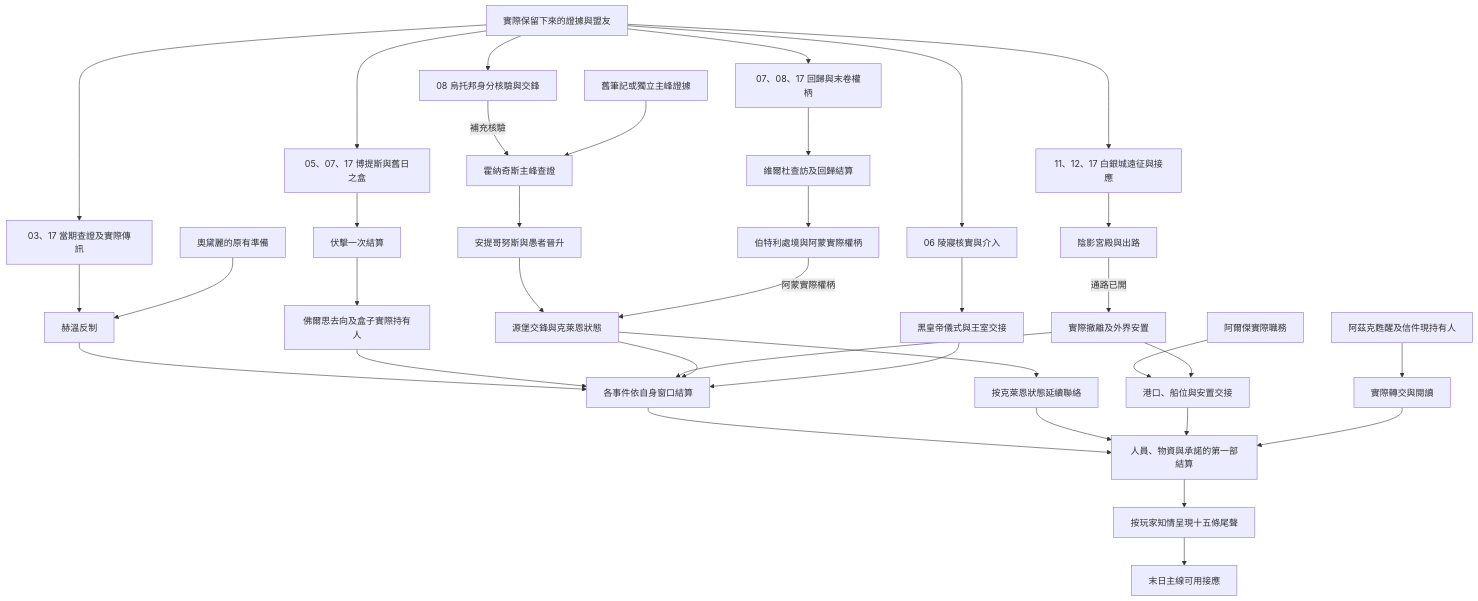
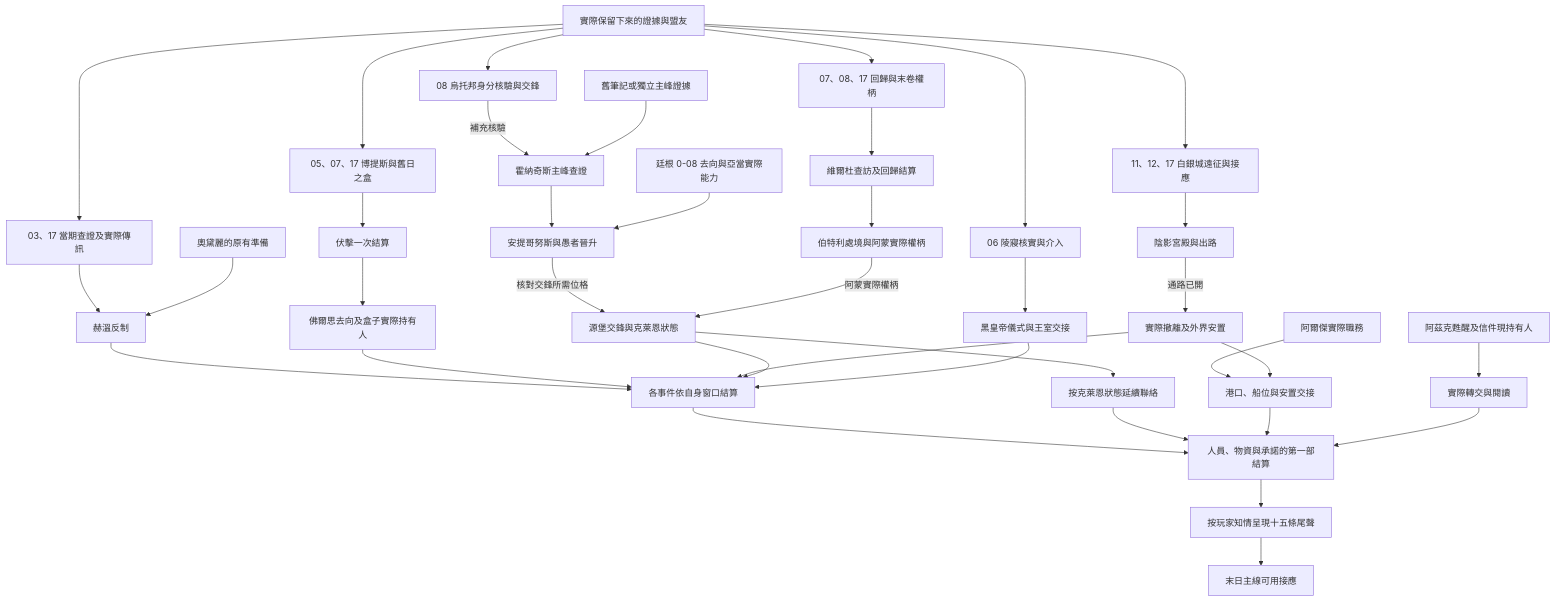
Before and after one commit to dragon961204-cmd/-: the sixth of 7 diagrams in game/events/part_one_story_tree.md, drawn with Mermaid. The commit also changed other lines of this file and 23 other files, not shown here.

````diff
--- a/game/events/part_one_story_tree.md
+++ b/game/events/part_one_story_tree.md
@@ -137,38 +137,39 @@
 ```mermaid
 flowchart TD
     A["實際保留下來的證據與盟友"] --> L["03、17 當期查證及實際傳訊"]
     L --> B["赫溫反制"]
     M["奧黛麗的原有準備"] --> B
     A --> C["05、07、17 博提斯與舊日之盒"]
     A --> D["11、12、17 白銀城遠征與接應"]
     A --> E["07、08、17 回歸與末卷權柄"]
     E --> R["維爾杜查訪及回歸結算"]
     R --> S["伯特利處境與阿蒙實際權柄"]
     B --> F["各事件依自身窗口結算"]
     C --> N["伏擊一次結算"]
     N --> O["佛爾思去向及盒子實際持有人"]
     O --> F
     D --> P["陰影宮殿與出路"]
     P -->|"通路已開"| Q["實際撤離及外界安置"]
     Q --> F
     A --> T["08 烏托邦身分核驗與交鋒"]
     T -->|"補充核驗"| U["霍納奇斯主峰查證"]
     V["舊筆記或獨立主峰證據"] --> U
     U --> W["安提哥努斯與愚者晉升"]
-    W --> X["源堡交鋒與克萊恩狀態"]
+    Y["廷根 0-08 去向與亞當實際能力"] --> W
+    W -->|"核對交鋒所需位格"| X["源堡交鋒與克萊恩狀態"]
     S -->|"阿蒙實際權柄"| X
     X --> F
     A --> J["06 陵寢核實與介入"]
     J --> K["黑皇帝儀式與王室交接"]
     K --> F
     X --> G["按克萊恩狀態延續聯絡"]
     Z["阿爾傑實際職務"] --> AA["港口、船位與安置交接"]
     Q --> AA
     AB["阿茲克甦醒及信件現持有人"] --> AC["實際轉交與閱讀"]
     F --> H["人員、物資與承諾的第一部結算"]
     G --> H
     AA --> H
     AC --> H
     H --> AD["按玩家知情呈現十五條尾聲"]
     AD --> AE["末日主線可用接應"]
 ```
````
